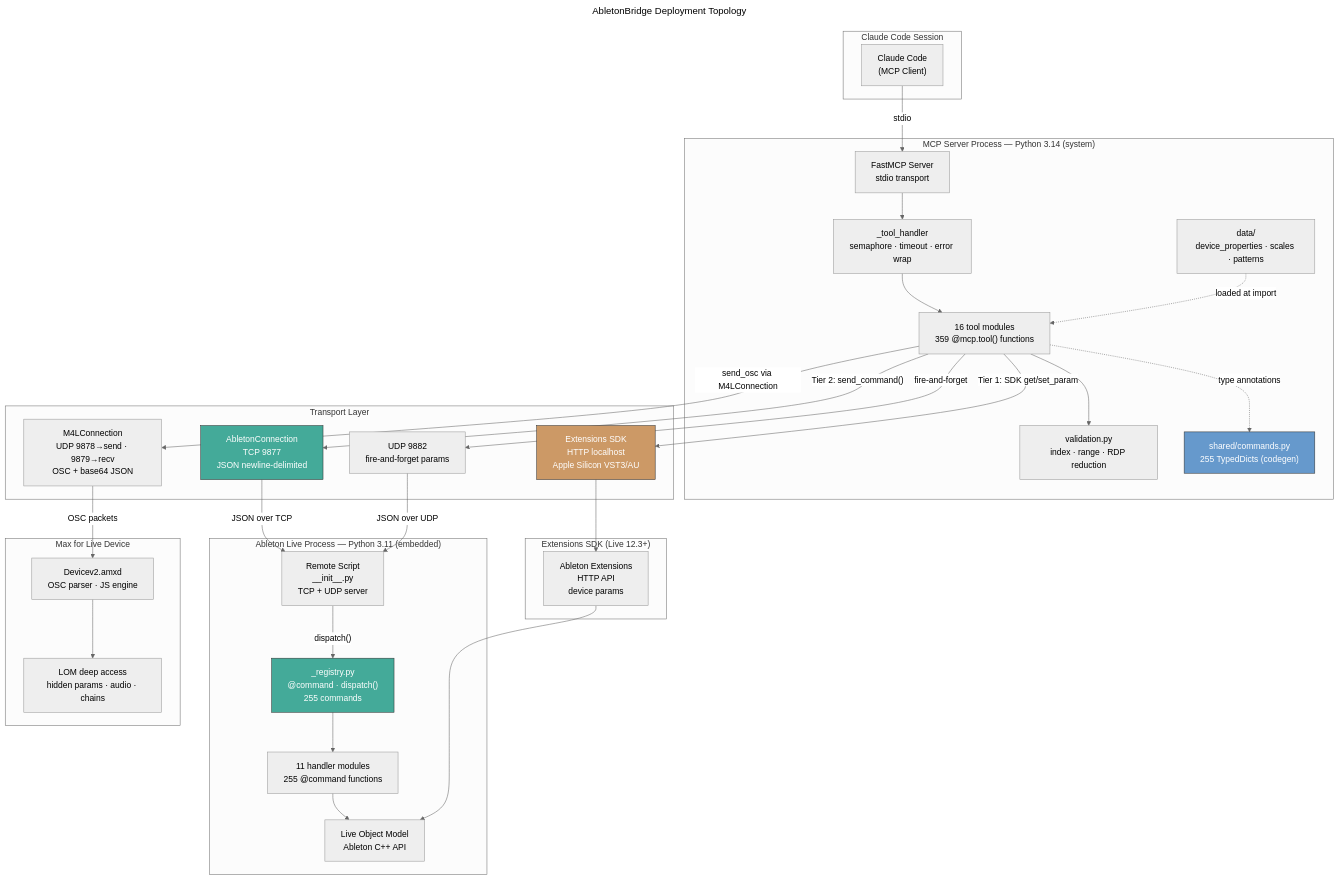
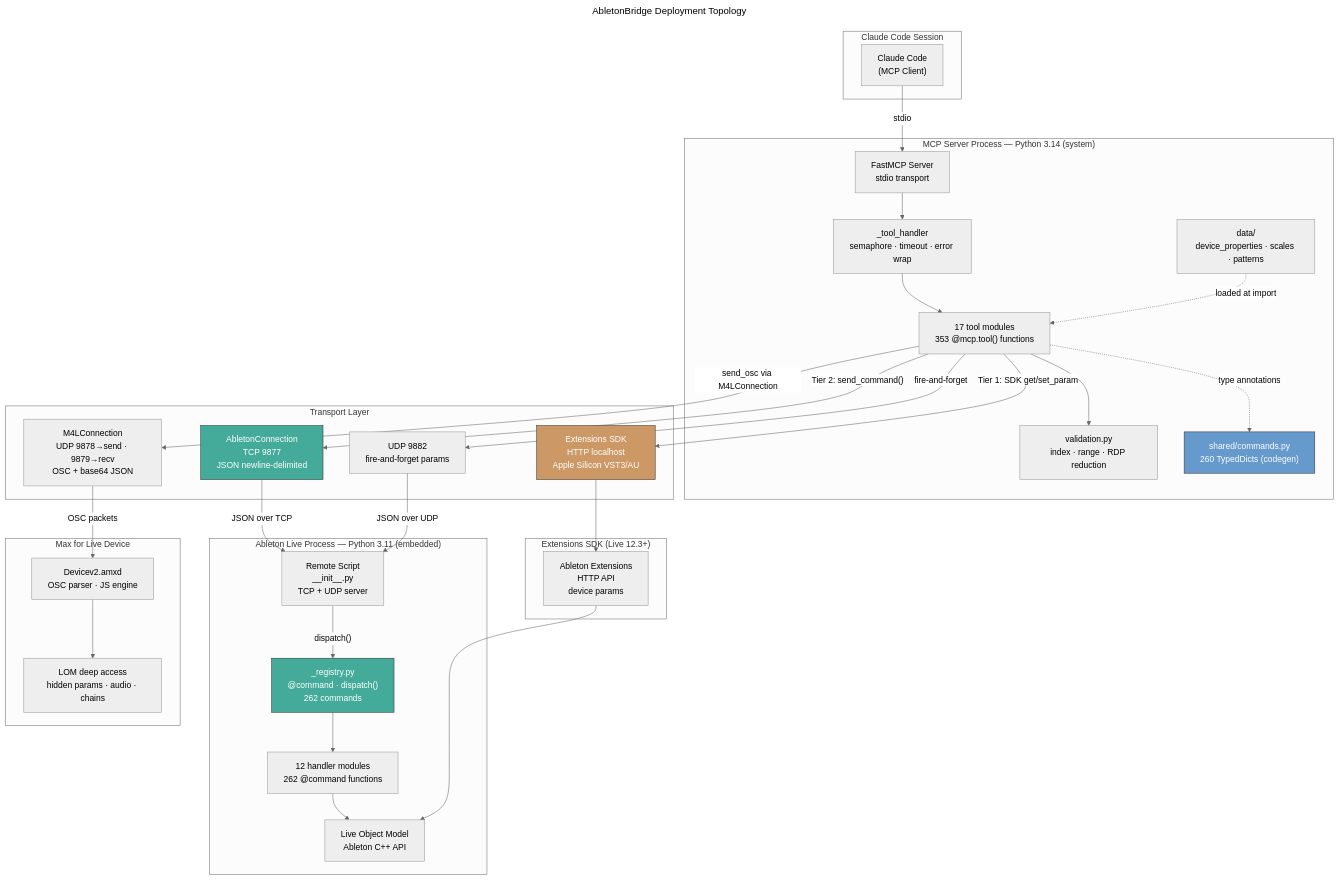
Before and after one commit to dcetlin/AbletonBridge: the diagram in diagrams/1-deployment-topology.mmd, drawn with Mermaid (neutral theme). The commit also changed 6 other files, not shown here.

First line of the commit message:
docs: fix stale diagrams and README counts

```diff
--- a/diagrams/1-deployment-topology.mmd
+++ b/diagrams/1-deployment-topology.mmd
@@ -1,68 +1,68 @@
 ---
 title: "AbletonBridge Deployment Topology"
 ---
 graph TD
     subgraph "Claude Code Session"
         CC["Claude Code<br/>(MCP Client)"]
     end
 
     subgraph "MCP Server Process — Python 3.14 (system)"
         FM["FastMCP Server<br/>stdio transport"]
         TH["_tool_handler<br/>semaphore · timeout · error wrap"]
-        TOOLS["16 tool modules<br/>359 @mcp.tool() functions"]
+        TOOLS["17 tool modules<br/>353 @mcp.tool() functions"]
         VAL["validation.py<br/>index · range · RDP reduction"]
         DATA["data/<br/>device_properties · scales · patterns"]
-        SHARED["shared/commands.py<br/>255 TypedDicts (codegen)"]
+        SHARED["shared/commands.py<br/>260 TypedDicts (codegen)"]
     end
 
     subgraph "Transport Layer"
         TCP["AbletonConnection<br/>TCP 9877<br/>JSON newline-delimited"]
         UDP_RT["UDP 9882<br/>fire-and-forget params"]
         SDK["Extensions SDK<br/>HTTP localhost<br/>Apple Silicon VST3/AU"]
         M4L_CONN["M4LConnection<br/>UDP 9878→send · 9879→recv<br/>OSC + base64 JSON"]
     end
 
     subgraph "Ableton Live Process — Python 3.11 (embedded)"
         RS["Remote Script<br/>__init__.py<br/>TCP + UDP server"]
-        REG["_registry.py<br/>@command · dispatch()<br/>255 commands"]
-        HAND["11 handler modules<br/>255 @command functions"]
+        REG["_registry.py<br/>@command · dispatch()<br/>262 commands"]
+        HAND["12 handler modules<br/>262 @command functions"]
         LOM["Live Object Model<br/>Ableton C++ API"]
     end
 
     subgraph "Max for Live Device"
         M4L["Devicev2.amxd<br/>OSC parser · JS engine"]
         LOM2["LOM deep access<br/>hidden params · audio · chains"]
     end
 
     subgraph "Extensions SDK (Live 12.3+)"
         EXT["Ableton Extensions<br/>HTTP API<br/>device params"]
     end
 
     CC -->|"stdio"| FM
     FM --> TH
     TH --> TOOLS
     TOOLS --> VAL
     TOOLS -.->|"type annotations"| SHARED
     TOOLS -->|"Tier 2: send_command()"| TCP
     TOOLS -->|"fire-and-forget"| UDP_RT
     TOOLS -->|"Tier 1: SDK get/set_param"| SDK
     TOOLS -->|"send_osc via M4LConnection"| M4L_CONN
 
     TCP -->|"JSON over TCP"| RS
     UDP_RT -->|"JSON over UDP"| RS
     RS -->|"dispatch()"| REG
     REG --> HAND
     HAND --> LOM
 
     SDK --> EXT
     EXT --> LOM
 
     M4L_CONN -->|"OSC packets"| M4L
     M4L --> LOM2
 
     DATA -.->|"loaded at import"| TOOLS
 
     style TCP fill:#4a9,stroke:#333,color:#fff
     style REG fill:#4a9,stroke:#333,color:#fff
     style SHARED fill:#69c,stroke:#333,color:#fff
     style SDK fill:#c96,stroke:#333,color:#fff
```
